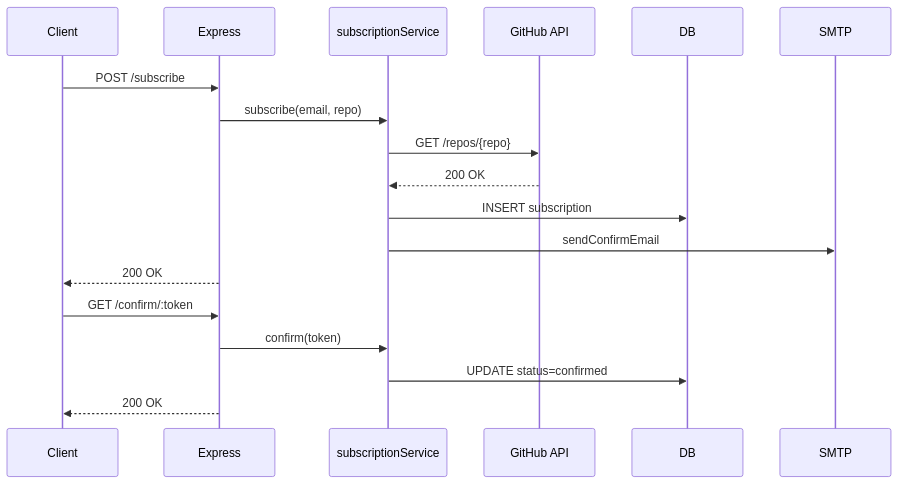
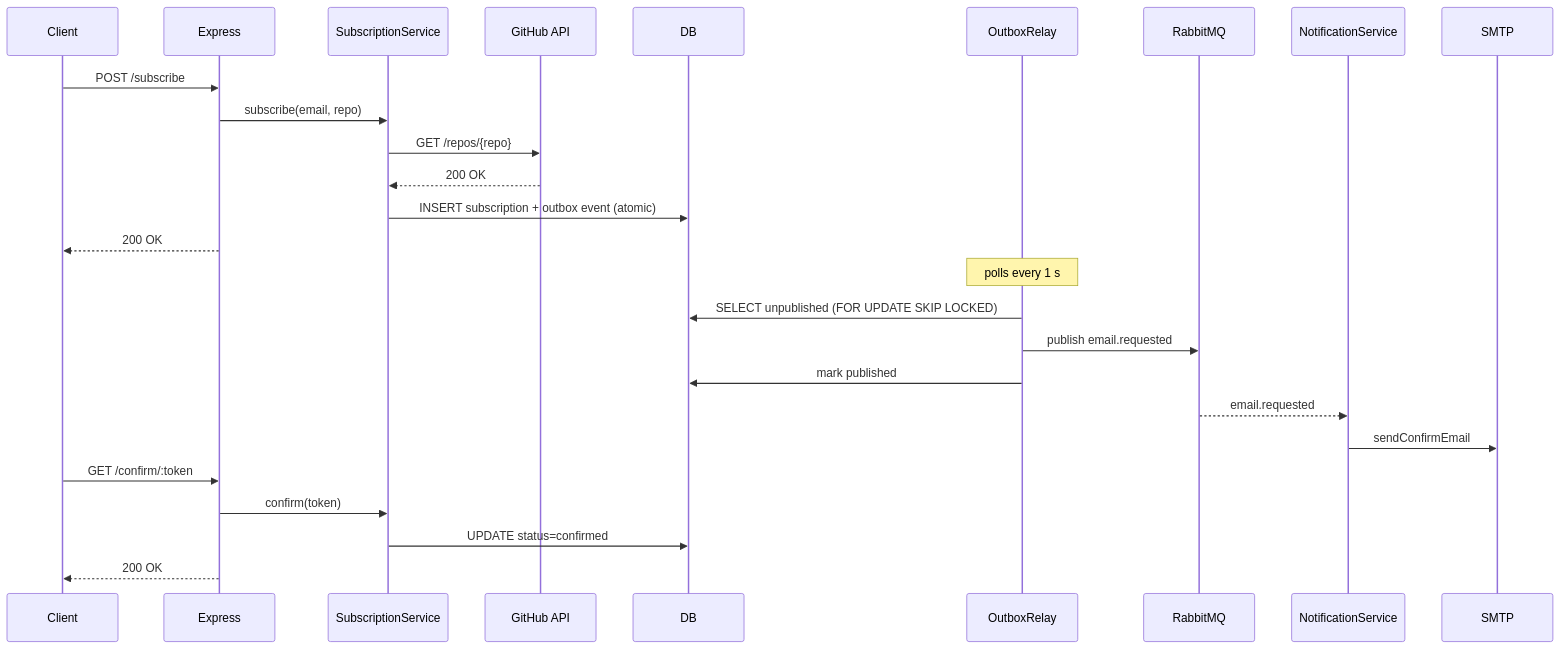
The third of 6 diagrams in docs/system-design.md (GenesisEducationKyiv/software-engineering-school-6-0-Hradivnyk), drawn with Mermaid before and after one commit. The commit also changed other lines of this file, not shown here.

Commit message:
docs: update system design documentation to reflect new architecture

````diff
--- a/docs/system-design.md
+++ b/docs/system-design.md
@@ -165,22 +182,31 @@
 ```mermaid
 sequenceDiagram
     participant Client
     participant Express
-    participant subscriptionService
+    participant SubscriptionService
     participant GitHubAPI as GitHub API
     participant DB
+    participant OutboxRelay
+    participant RabbitMQ
+    participant NotificationService
     participant SMTP
 
     Client->>Express: POST /subscribe
-    Express->>subscriptionService: subscribe(email, repo)
-    subscriptionService->>GitHubAPI: GET /repos/{repo}
-    GitHubAPI-->>subscriptionService: 200 OK
-    subscriptionService->>DB: INSERT subscription
-    subscriptionService->>SMTP: sendConfirmEmail
+    Express->>SubscriptionService: subscribe(email, repo)
+    SubscriptionService->>GitHubAPI: GET /repos/{repo}
+    GitHubAPI-->>SubscriptionService: 200 OK
+    SubscriptionService->>DB: INSERT subscription + outbox event (atomic)
     Express-->>Client: 200 OK
 
+    Note over OutboxRelay: polls every 1 s
+    OutboxRelay->>DB: SELECT unpublished (FOR UPDATE SKIP LOCKED)
+    OutboxRelay->>RabbitMQ: publish email.requested
+    OutboxRelay->>DB: mark published
+    RabbitMQ-->>NotificationService: email.requested
+    NotificationService->>SMTP: sendConfirmEmail
+
     Client->>Express: GET /confirm/:token
-    Express->>subscriptionService: confirm(token)
-    subscriptionService->>DB: UPDATE status=confirmed
+    Express->>SubscriptionService: confirm(token)
+    SubscriptionService->>DB: UPDATE status=confirmed
     Express-->>Client: 200 OK
 ```
````
